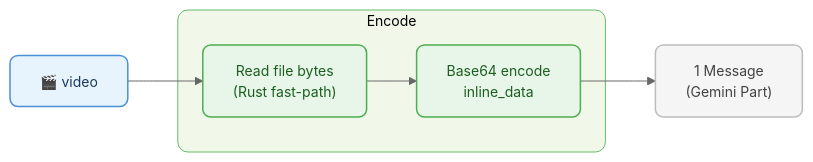
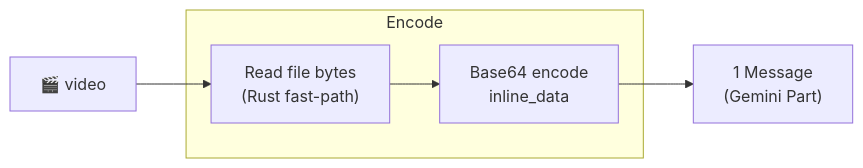
Before and after one commit to vlm-run/mm: the ninth of 17 diagrams in docs/ENCODERS.md, drawn with Mermaid. The commit also changed other lines of this file and 3 other files, not shown here.

````diff
--- a/docs/ENCODERS.md
+++ b/docs/ENCODERS.md
@@ -262,20 +206,13 @@
 ```mermaid
-%%{init: {'theme': 'base', 'themeVariables': { 'fontSize': '14px', 'primaryColor': '#e8f4fd', 'primaryBorderColor': '#4a90d9', 'lineColor': '#666'}}}%%
 graph LR
-  video["🎬 video"]:::input
+  video["🎬 video"]
 
   subgraph encode ["Encode"]
-    read["Read file bytes\n(Rust fast-path)"]:::encode
-    b64["Base64 encode\ninline_data"]:::encode
+    read["Read file bytes\n(Rust fast-path)"]
+    b64["Base64 encode\ninline_data"]
   end
 
-  msg["1 Message\n(Gemini Part)"]:::output
+  msg["1 Message\n(Gemini Part)"]
 
   video --> read --> b64 --> msg
-
-  classDef input fill:#e8f4fd,stroke:#4a90d9,stroke-width:1.5px,color:#1a3a5c,rx:8
-  classDef encode fill:#e8f5e9,stroke:#4caf50,stroke-width:1.5px,color:#1b5e20,rx:8
-  classDef output fill:#f5f5f5,stroke:#bdbdbd,stroke-width:1.5px,color:#424242,rx:8
-
-  style encode fill:#f1f8e9,stroke:#66bb6a,stroke-width:1px,rx:10
 ```
````
